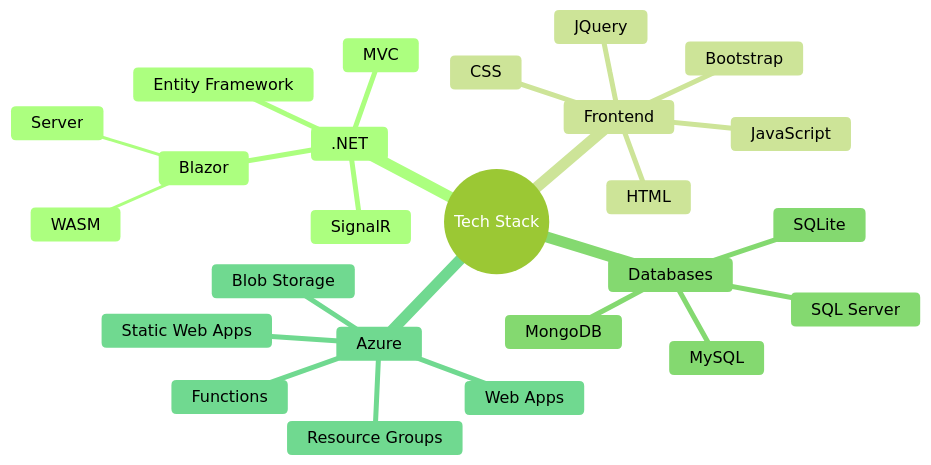
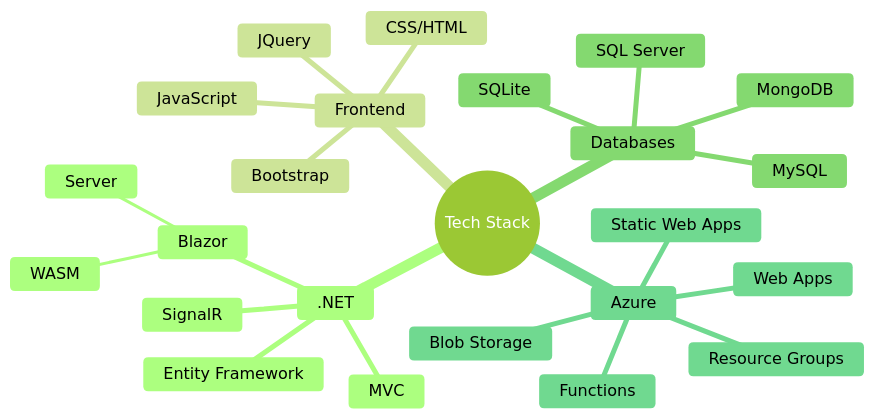
The diagram in README.md (ProxyErr/ProxyErr), drawn with Mermaid (forest theme) before and after one commit.

````diff
--- a/README.md
+++ b/README.md
@@ -40,28 +40,27 @@
 ```mermaid
 mindmap
   root((Tech Stack))
     .NET
       Blazor
         WASM
         Server
       MVC
       Entity Framework
       SignalR
     Frontend
       JavaScript
       JQuery
       Bootstrap
-      CSS
-      HTML
+      CSS/HTML
     Databases
       SQL Server
       SQLite
       MySQL
       MongoDB
     Azure
       Resource Groups
       Functions
       Blob Storage
       Web Apps
       Static Web Apps
  ```
````
